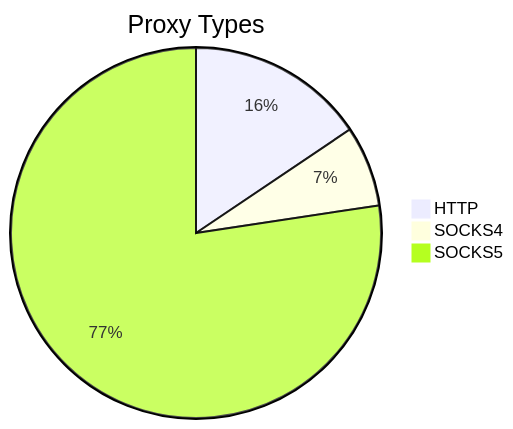
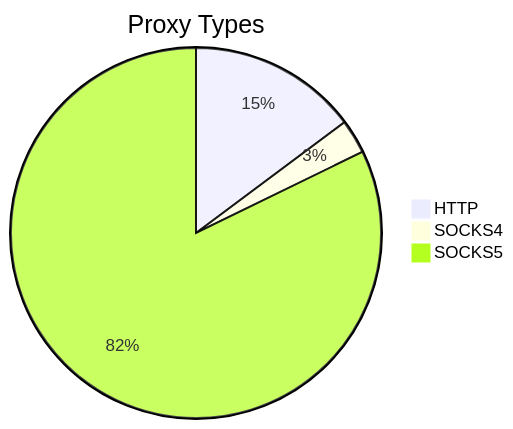
One commit to stormsia/proxy-list changed the first of 2 diagrams in README.md. Above: the diagram before and after it, drawn with Mermaid. The commit also changed other lines of this file, not shown here.

````diff
--- a/README.md
+++ b/README.md
@@ -21,6 +21,6 @@
 ```mermaid
 pie title Proxy Types
-    "HTTP" : 232
-    "SOCKS4" : 105
-    "SOCKS5" : 1153
+    "HTTP" : 104
+    "SOCKS4" : 21
+    "SOCKS5" : 578
 ```
````
